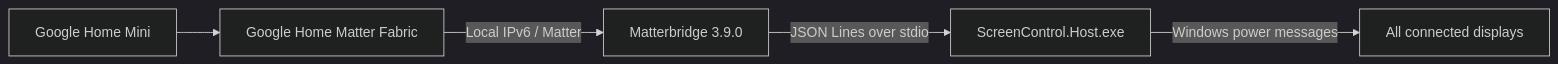
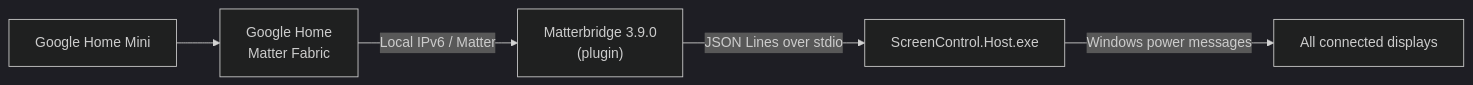
One commit to AloneCodeA/google-home-PC-control changed the diagram in README.md. Above: the diagram before and after it, drawn with Mermaid (dark theme). The commit also changed other lines of this file and 37 other files, not shown here.

````diff
--- a/README.md
+++ b/README.md
@@ -118,7 +52,7 @@
 ```mermaid
 flowchart LR
-    Voice["Google Home Mini"] --> Hub["Google Home Matter Fabric"]
-    Hub -->|"Local IPv6 / Matter"| Bridge["Matterbridge 3.9.0"]
+    Voice["Google Home Mini"] --> Hub["Google Home<br/>Matter Fabric"]
+    Hub -->|"Local IPv6 / Matter"| Bridge["Matterbridge 3.9.0<br/>(plugin)"]
     Bridge -->|"JSON Lines over stdio"| Host["ScreenControl.Host.exe"]
     Host -->|"Windows power messages"| Displays["All connected displays"]
 ```
````
